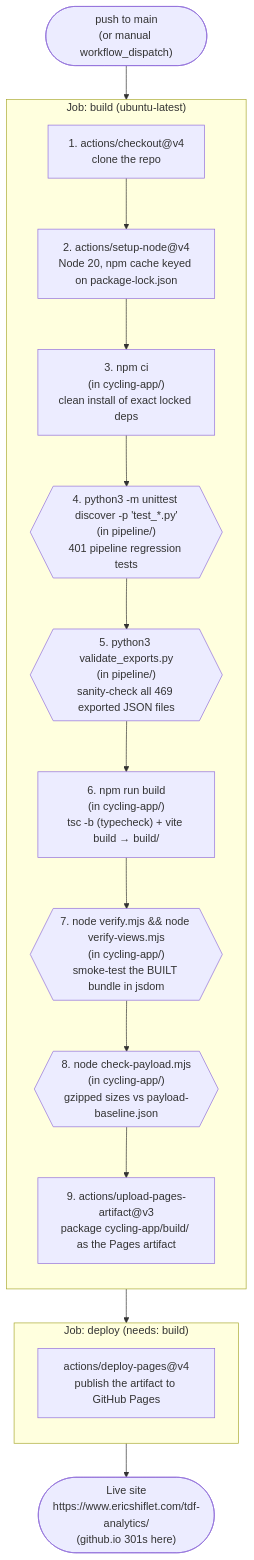
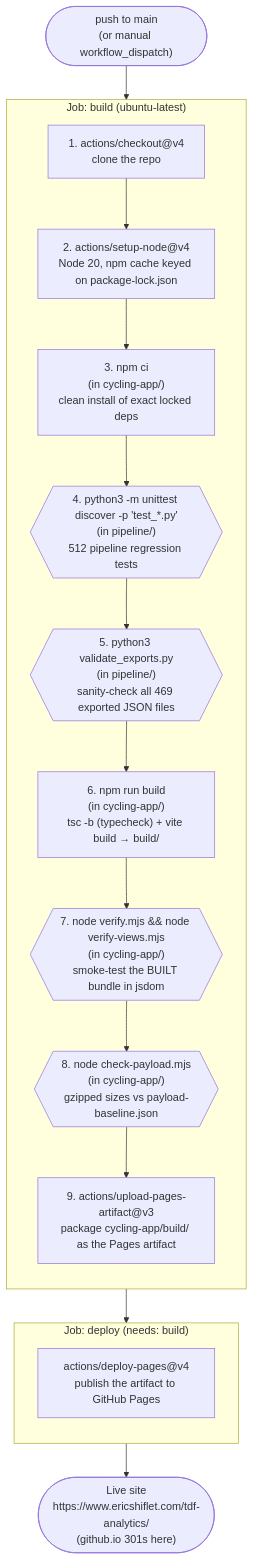
Before and after one commit to eshiflet/tdf-analytics: the third of 3 diagrams in architecture.md, drawn with Mermaid. The commit also changed other lines of this file and 1 other file, not shown here.

````diff
--- a/architecture.md
+++ b/architecture.md
@@ -480,29 +499,29 @@
 ```mermaid
 flowchart TD
     TRIGGER(["push to main<br/>(or manual workflow_dispatch)"])
 
     subgraph BUILD["Job: build (ubuntu-latest)"]
         direction TB
         S1["1. actions/checkout@v4<br/>clone the repo"]
         S2["2. actions/setup-node@v4<br/>Node 20, npm cache keyed on package-lock.json"]
         S3["3. npm ci<br/>(in cycling-app/)<br/>clean install of exact locked deps"]
-        STEST{{"4. python3 -m unittest discover -p 'test_*.py'<br/>(in pipeline/)<br/>401 pipeline regression tests"}}
+        STEST{{"4. python3 -m unittest discover -p 'test_*.py'<br/>(in pipeline/)<br/>512 pipeline regression tests"}}
         S4{{"5. python3 validate_exports.py<br/>(in pipeline/)<br/>sanity-check all 469 exported JSON files"}}
         S5["6. npm run build<br/>(in cycling-app/)<br/>tsc -b (typecheck) + vite build → build/"]
         S6{{"7. node verify.mjs && node verify-views.mjs<br/>(in cycling-app/)<br/>smoke-test the BUILT bundle in jsdom"}}
         SPAY{{"8. node check-payload.mjs<br/>(in cycling-app/)<br/>gzipped sizes vs payload-baseline.json"}}
         S7["9. actions/upload-pages-artifact@v3<br/>package cycling-app/build/ as the Pages artifact"]
 
         S1 --> S2 --> S3 --> STEST --> S4 --> S5 --> S6 --> SPAY --> S7
     end
 
     subgraph DEPLOY["Job: deploy (needs: build)"]
         direction TB
         D1["actions/deploy-pages@v4<br/>publish the artifact to GitHub Pages"]
     end
 
     LIVE(["Live site<br/>https://www.ericshiflet.com/tdf-analytics/<br/>(github.io 301s here)"])
 
     TRIGGER --> S1
     S7 --> D1 --> LIVE
 ```
````
